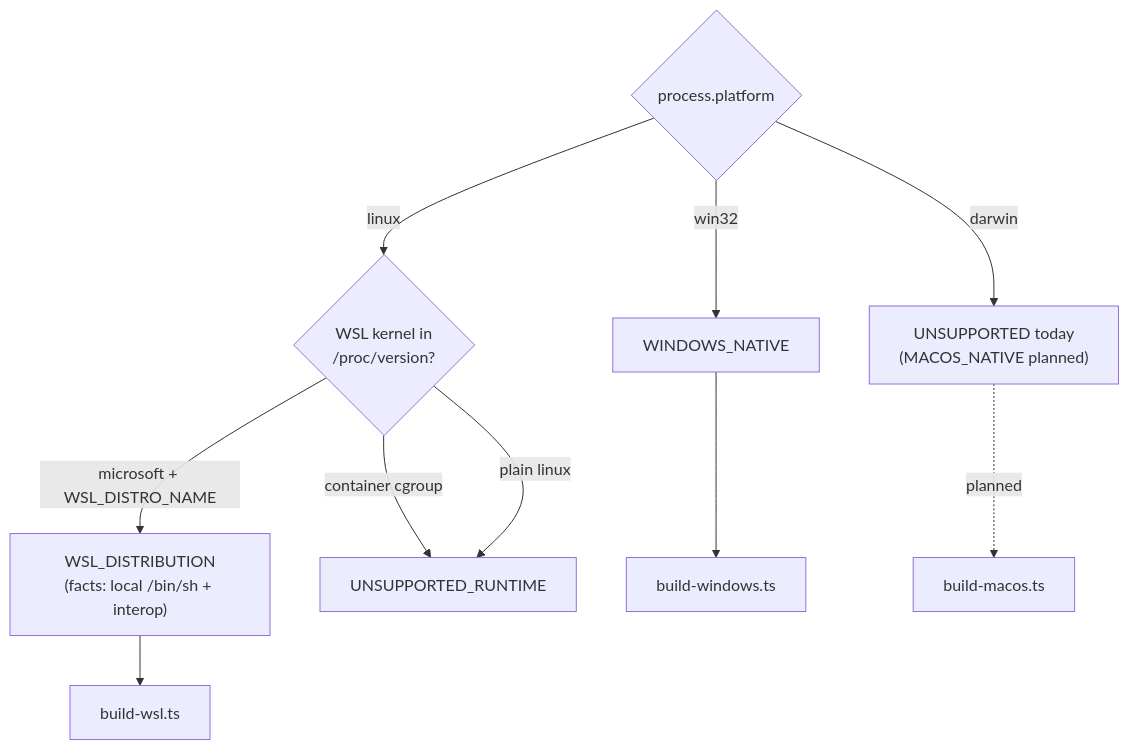
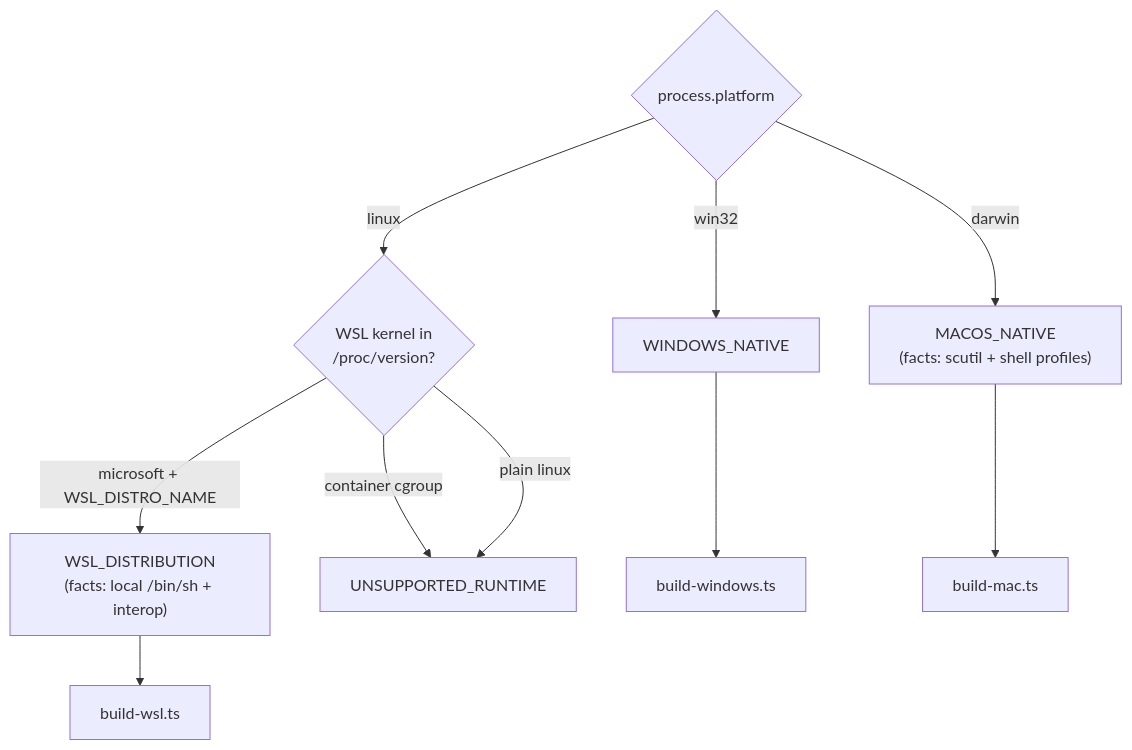
The fourth of 6 diagrams in docs/architecture.md (kanneiren/dsh-network-settings), drawn with Mermaid before and after one commit. The commit also changed other lines of this file and 6 other files, not shown here.

First line of the commit message:
feat(macOS): UI adaptation + comprehensive docs/architecture update

````diff
--- a/docs/architecture.md
+++ b/docs/architecture.md
@@ -119,13 +122,13 @@
 ```mermaid
 flowchart TB
   PLAT{"process.platform"}
   PLAT -->|win32| WN["WINDOWS_NATIVE"]
   PLAT -->|linux| K{"WSL kernel in<br/>/proc/version?"}
   K -->|"microsoft + WSL_DISTRO_NAME"| WD["WSL_DISTRIBUTION<br/>(facts: local /bin/sh + interop)"]
   K -->|"container cgroup"| UNS["UNSUPPORTED_RUNTIME"]
   K -->|"plain linux"| UNS
-  PLAT -->|darwin| MAC["UNSUPPORTED today<br/>(MACOS_NATIVE planned)"]
+  PLAT -->|darwin| MAC["MACOS_NATIVE<br/>(facts: scutil + shell profiles)"]
   WN --> BW["build-windows.ts"]
   WD --> BWS["build-wsl.ts"]
-  MAC -.->|planned| BWM["build-macos.ts"]
+  MAC --> BWM["build-mac.ts"]
 ```
````
